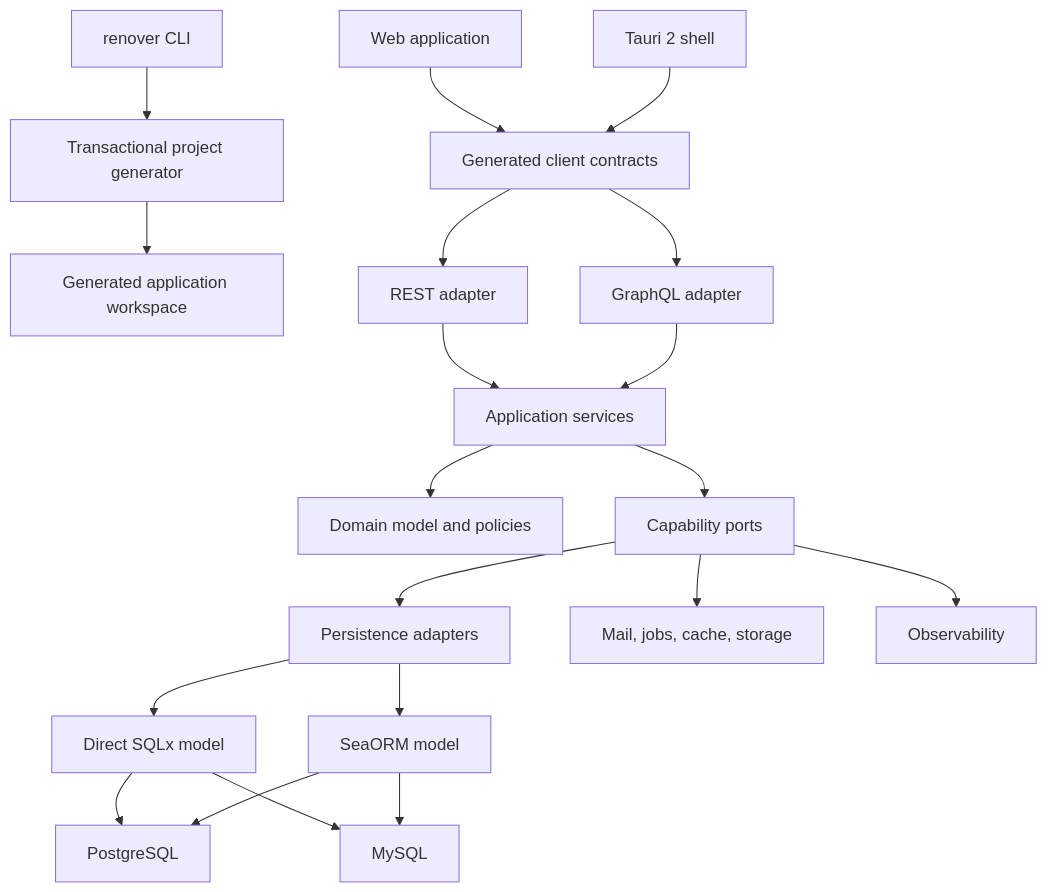
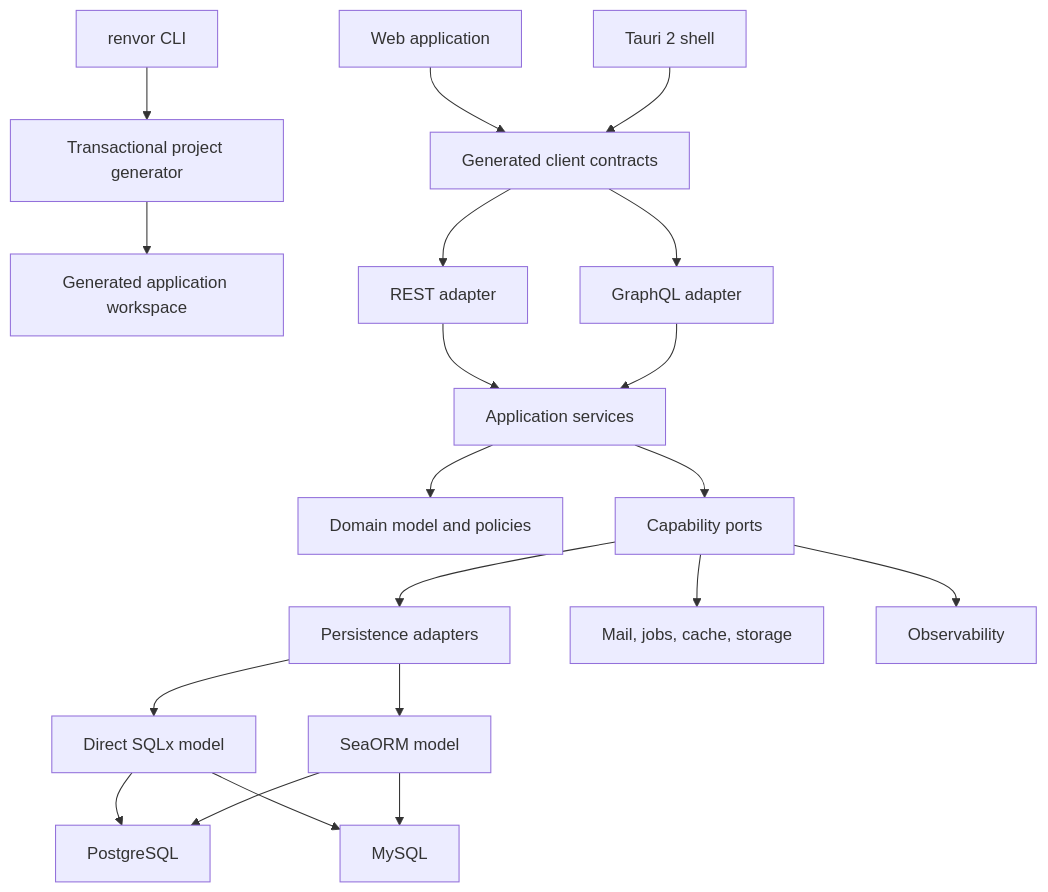
Before and after one commit to renvor-rs/renvor: the diagram in PLAN.md, drawn with Mermaid. The commit also changed other lines of this file and 17 other files, not shown here.

````diff
--- a/PLAN.md
+++ b/PLAN.md
@@ -135,25 +135,25 @@
 ```mermaid
 flowchart TD
-    CLI["renover CLI"] --> GEN["Transactional project generator"]
+    CLI["renvor CLI"] --> GEN["Transactional project generator"]
     GEN --> APP["Generated application workspace"]
 
     REST["REST adapter"] --> USE["Application services"]
     GQL["GraphQL adapter"] --> USE
     WEB["Web application"] --> CONTRACT["Generated client contracts"]
     DESKTOP["Tauri 2 shell"] --> CONTRACT
     CONTRACT --> REST
     CONTRACT --> GQL
 
     USE --> DOMAIN["Domain model and policies"]
     USE --> PORTS["Capability ports"]
     PORTS --> DATA["Persistence adapters"]
     PORTS --> MAIL["Mail, jobs, cache, storage"]
     PORTS --> OBS["Observability"]
 
     DATA --> SQLX["Direct SQLx model"]
     DATA --> SEA["SeaORM model"]
     SQLX --> PG["PostgreSQL"]
     SQLX --> MY["MySQL"]
     SEA --> PG
     SEA --> MY
 ```
````
